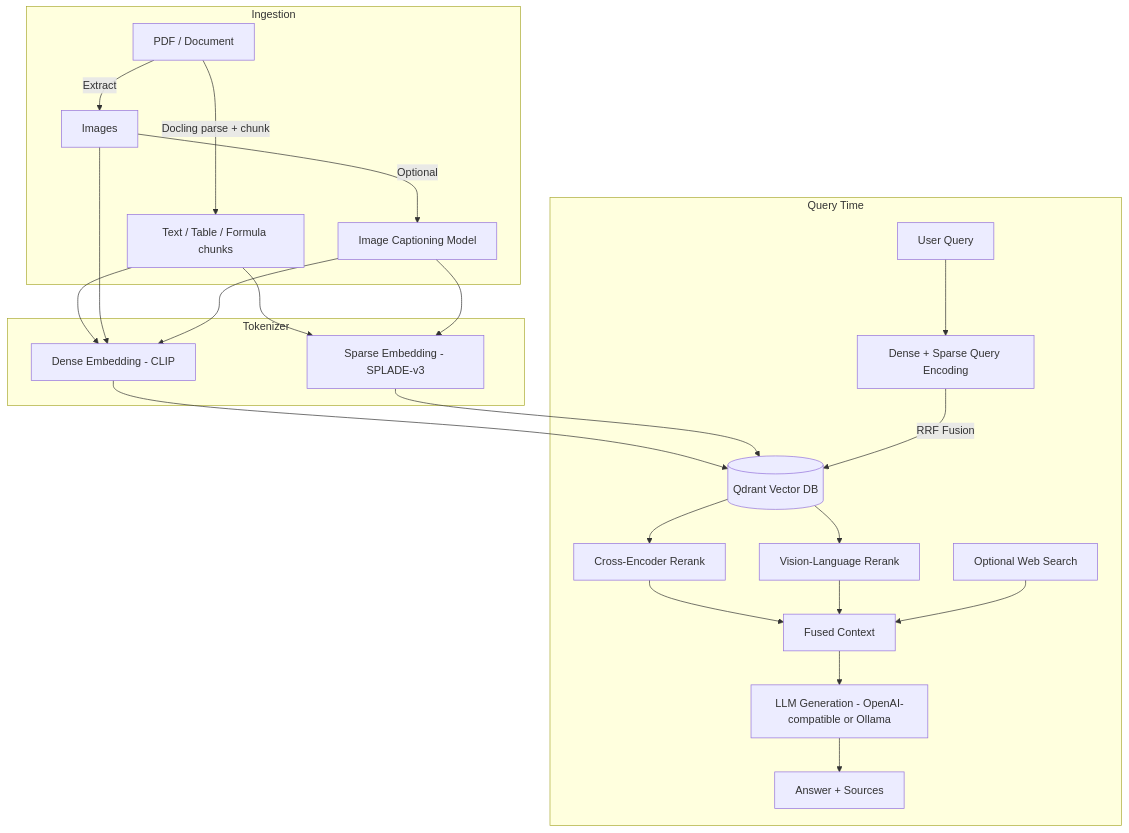
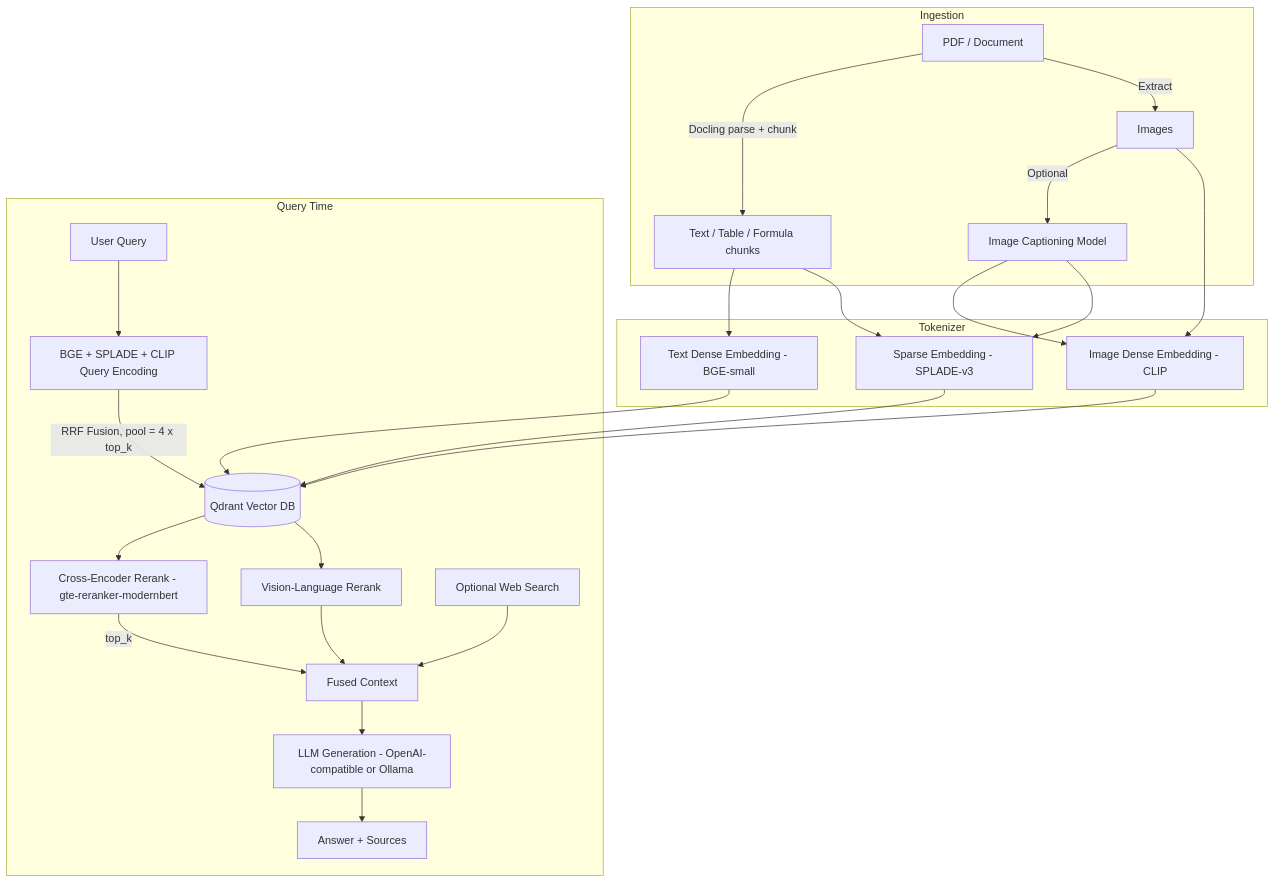
One commit to Vans1000/Complete-Rag changed the diagram in README.md. Above: the diagram before and after it, drawn with Mermaid. The commit also changed other lines of this file and 41 other files, not shown here.

````diff
--- a/README.md
+++ b/README.md
@@ -37,31 +41,32 @@
 ```mermaid
 flowchart TD
     subgraph Ingestion
         A[PDF / Document] -->|Docling parse + chunk| B[Text / Table / Formula chunks]
         A -->|Extract| C[Images]
         C -->|Optional| D[Image Captioning Model]
     end
 
     subgraph Tokenizer
-        B --> E[Dense Embedding - CLIP]
+        B --> T[Text Dense Embedding - BGE-small]
         B --> F[Sparse Embedding - SPLADE-v3]
-        C --> E
+        C --> E[Image Dense Embedding - CLIP]
         D --> E
         D --> F
     end
 
-    E --> G[(Qdrant Vector DB)]
+    T --> G[(Qdrant Vector DB)]
+    E --> G
     F --> G
 
     subgraph Query Time
-        Q[User Query] --> QE[Dense + Sparse Query Encoding]
-        QE -->|RRF Fusion| G
-        G --> R1[Cross-Encoder Rerank]
+        Q[User Query] --> QE[BGE + SPLADE + CLIP Query Encoding]
+        QE -->|RRF Fusion, pool = 4 x top_k| G
+        G --> R1[Cross-Encoder Rerank - gte-reranker-modernbert]
         G --> R2[Vision-Language Rerank]
-        R1 --> CTX[Fused Context]
+        R1 -->|top_k| CTX[Fused Context]
         R2 --> CTX
         W[Optional Web Search] --> CTX
         CTX --> LLM[LLM Generation - OpenAI-compatible or Ollama]
         LLM --> ANS[Answer + Sources]
     end
 ```
````
